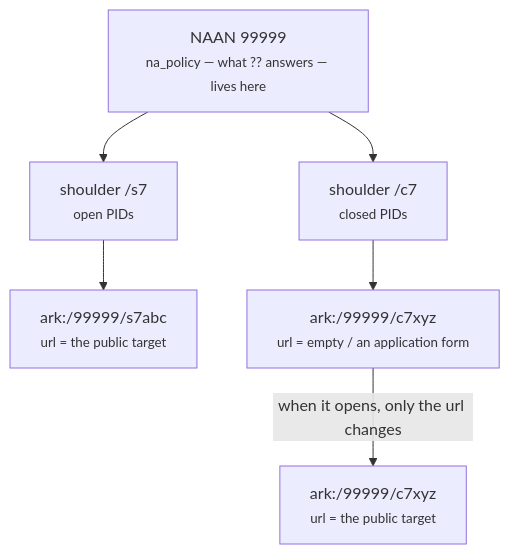
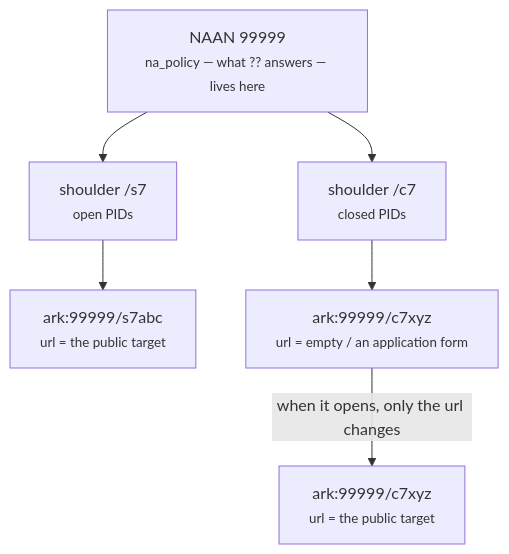
Before and after one commit to RCOSDP/arkhe: diagram 12 of 14 in docs/guides/federation.md, drawn with Mermaid. The commit also changed other lines of this file and 75 other files, not shown here.

````diff
--- a/docs/guides/federation.md
+++ b/docs/guides/federation.md
@@ -364,9 +365,9 @@
 ```mermaid
 flowchart TD
     N["NAAN 99999<br/><small>na_policy — what ?? answers — lives here</small>"]
     N --> SO["shoulder /s7<br/><small>open PIDs</small>"]
     N --> SC["shoulder /c7<br/><small>closed PIDs</small>"]
-    SO --> AO["ark:/99999/s7abc<br/><small>url = the public target</small>"]
-    SC --> AC["ark:/99999/c7xyz<br/><small>url = empty / an application form</small>"]
-    AC -->|"when it opens, only the url changes"| AC2["ark:/99999/c7xyz<br/><small>url = the public target</small>"]
+    SO --> AO["ark:99999/s7abc<br/><small>url = the public target</small>"]
+    SC --> AC["ark:99999/c7xyz<br/><small>url = empty / an application form</small>"]
+    AC -->|"when it opens, only the url changes"| AC2["ark:99999/c7xyz<br/><small>url = the public target</small>"]
 ```
````
